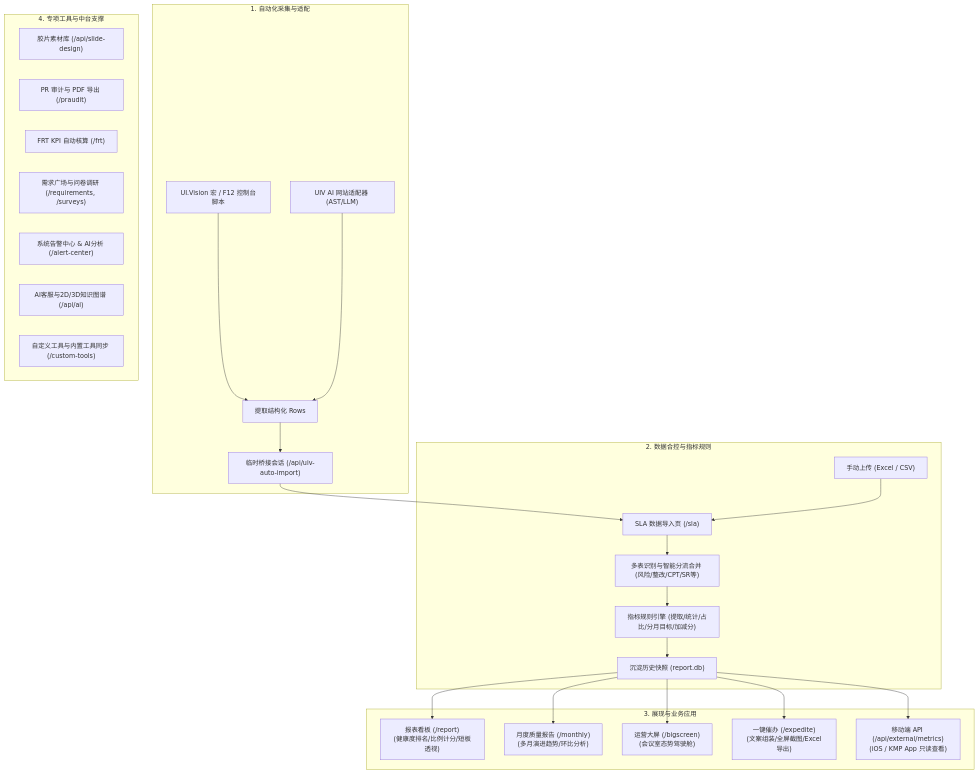
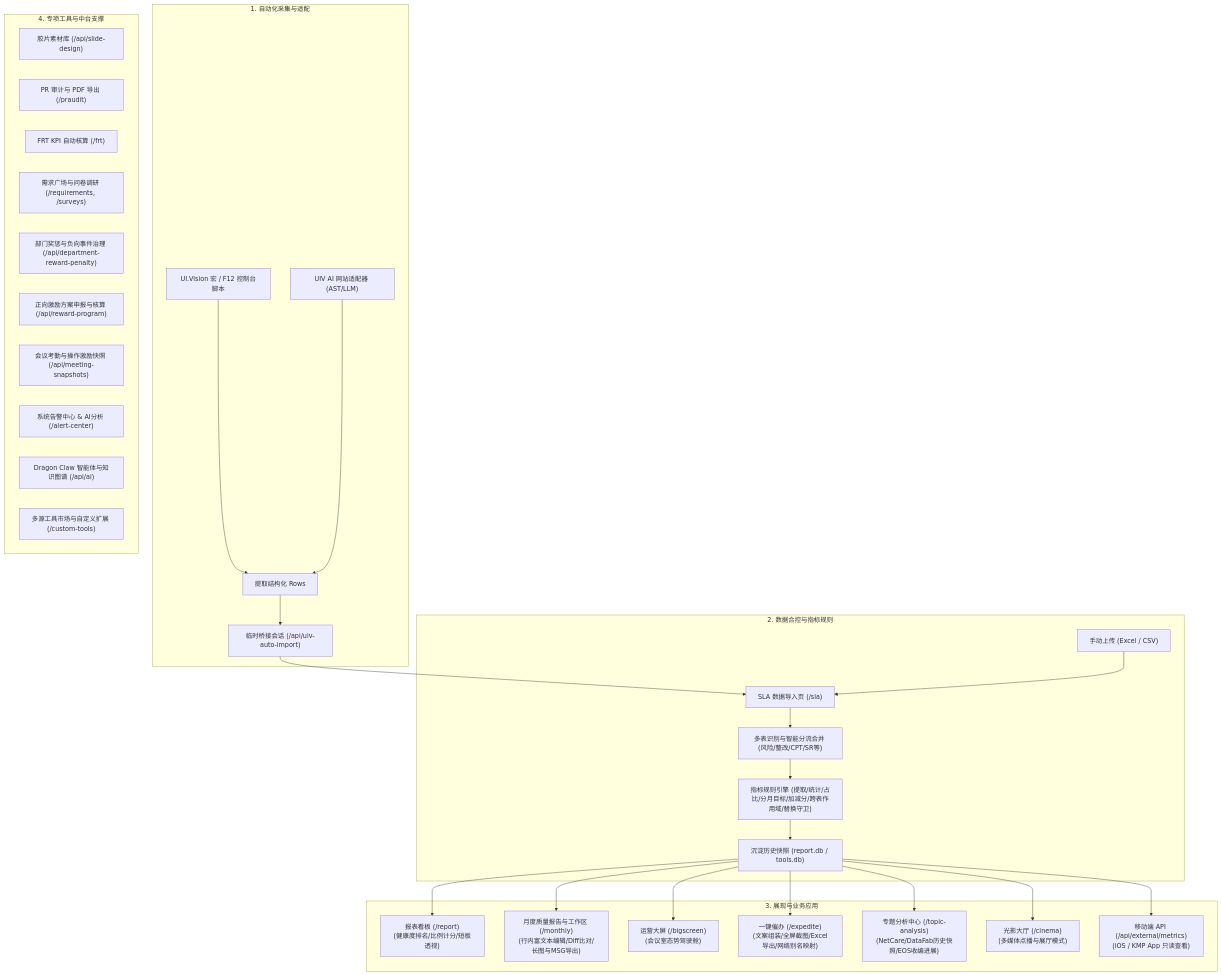
The first of 16 diagrams in tools-platform/README.md (fanxiaolongx-max/privacy-policy), drawn with Mermaid before and after one commit. The commit also changed other lines of this file and 1 other file, not shown here.

Commit message:
docs: 全面同步刷新平台能力全景、月报工作区、Dragon Claw智能体与Schema字典

````diff
--- a/tools-platform/README.md
+++ b/tools-platform/README.md
@@ -48,34 +49,39 @@
 ```mermaid
 flowchart TD
     subgraph 采集层["1. 自动化采集与适配"]
         A1["UI.Vision 宏 / F12 控制台脚本"] --> A3["提取结构化 Rows"]
         A2["UIV AI 网站适配器 (AST/LLM)"] --> A3
         A3 --> A4["临时桥接会话 (/api/uiv-auto-import)"]
     end
 
     subgraph 合控层["2. 数据合控与指标规则"]
         A4 --> B1["SLA 数据导入页 (/sla)"]
         B2["手动上传 (Excel / CSV)"] --> B1
         B1 --> B3["多表识别与智能分流合并 (风险/整改/CPT/SR等)"]
-        B3 --> B4["指标规则引擎 (提取/统计/占比/分月目标/加减分)"]
-        B4 --> B5["沉淀历史快照 (report.db)"]
+        B3 --> B4["指标规则引擎 (提取/统计/占比/分月目标/加减分/跨表作用域/替换守卫)"]
+        B4 --> B5["沉淀历史快照 (report.db / tools.db)"]
     end
 
     subgraph 展现与应用层["3. 展现与业务应用"]
         B5 --> C1["报表看板 (/report)<br/>(健康度排名/比例计分/短板透视)"]
-        B5 --> C2["月度质量报告 (/monthly)<br/>(多月演进趋势/环比分析)"]
+        B5 --> C2["月度质量报告与工作区 (/monthly)<br/>(行内富文本编辑/Diff比对/长图与MSG导出)"]
         B5 --> C3["运营大屏 (/bigscreen)<br/>(会议室态势驾驶舱)"]
-        B5 --> C4["一键催办 (/expedite)<br/>(文案组装/全屏截图/Excel导出)"]
-        B5 --> C5["移动端 API (/api/external/metrics)<br/>(iOS / KMP App 只读查看)"]
+        B5 --> C4["一键催办 (/expedite)<br/>(文案组装/全屏截图/Excel导出/网络别名映射)"]
+        B5 --> C5["专题分析中心 (/topic-analysis)<br/>(NetCare/DataFab历史快照/EOS收编进展)"]
+        B5 --> C6["光影大厅 (/cinema)<br/>(多媒体点播与展厅模式)"]
+        B5 --> C7["移动端 API (/api/external/metrics)<br/>(iOS / KMP App 只读查看)"]
     end
 
     subgraph 支撑与治理层["4. 专项工具与中台支撑"]
         D1["胶片素材库 (/api/slide-design)"]
         D2["PR 审计与 PDF 导出 (/praudit)"]
         D3["FRT KPI 自动核算 (/frt)"]
         D4["需求广场与问卷调研 (/requirements, /surveys)"]
-        D5["系统告警中心 & AI分析 (/alert-center)"]
-        D6["AI客服与2D/3D知识图谱 (/api/ai)"]
-        D7["自定义工具与内置工具同步 (/custom-tools)"]
+        D5["部门奖惩与负向事件治理 (/api/department-reward-penalty)"]
+        D6["正向激励方案申报与核算 (/api/reward-program)"]
+        D7["会议考勤与操作激励快照 (/api/meeting-snapshots)"]
+        D8["系统告警中心 & AI分析 (/alert-center)"]
+        D9["Dragon Claw 智能体与知识图谱 (/api/ai)"]
+        D10["多源工具市场与自定义扩展 (/custom-tools)"]
     end
 ```
````
